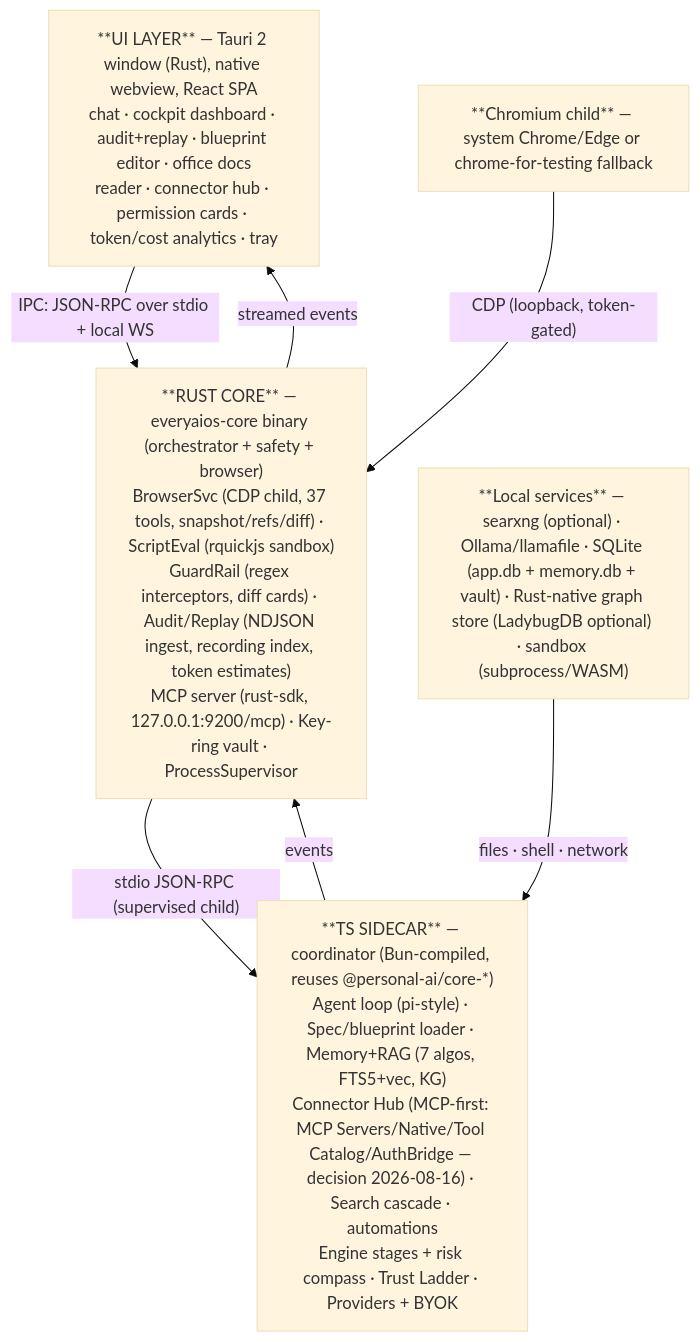
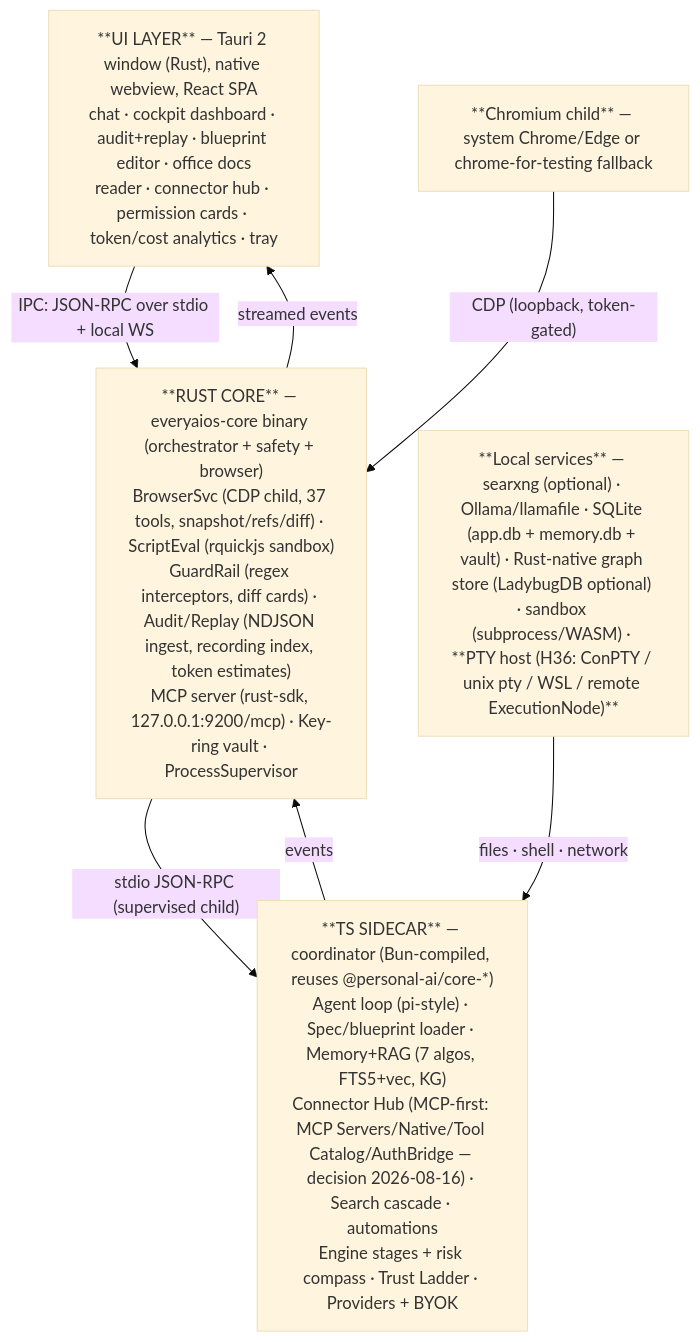
The first of 2 diagrams in ARCH/01-SYSTEM-ARCHITECTURE.md (sarv-projects/EveryAIOS), drawn with Mermaid (base theme) before and after one commit. The commit also changed other lines of this file and 23 other files, not shown here.

````diff
--- a/ARCH/01-SYSTEM-ARCHITECTURE.md
+++ b/ARCH/01-SYSTEM-ARCHITECTURE.md
@@ -5,14 +5,14 @@
 ```mermaid
 flowchart TD
     UI["**UI LAYER** — Tauri 2 window (Rust), native webview, React SPA<br/>chat · cockpit dashboard · audit+replay · blueprint editor · office docs<br/>reader · connector hub · permission cards · token/cost analytics · tray"]
     CORE["**RUST CORE** — everyaios-core binary (orchestrator + safety + browser)<br/>BrowserSvc (CDP child, 37 tools, snapshot/refs/diff) · ScriptEval (rquickjs sandbox)<br/>GuardRail (regex interceptors, diff cards) · Audit/Replay (NDJSON ingest, recording index, token estimates)<br/>MCP server (rust-sdk, 127.0.0.1:9200/mcp) · Key-ring vault · ProcessSupervisor"]
     SIDE["**TS SIDECAR** — coordinator (Bun-compiled, reuses @personal-ai/core-*)<br/>Agent loop (pi-style) · Spec/blueprint loader · Memory+RAG (7 algos, FTS5+vec, KG)<br/>Connector Hub (MCP-first: MCP Servers/Native/Tool Catalog/AuthBridge — decision 2026-08-16) · Search cascade · automations<br/>Engine stages + risk compass · Trust Ladder · Providers + BYOK"]
     CHROME["**Chromium child** — system Chrome/Edge or chrome-for-testing fallback"]
-    LOCAL["**Local services** — searxng (optional) · Ollama/llamafile · SQLite (app.db + memory.db + vault) · Rust-native graph store (LadybugDB optional) · sandbox (subprocess/WASM)"]
+    LOCAL["**Local services** — searxng (optional) · Ollama/llamafile · SQLite (app.db + memory.db + vault) · Rust-native graph store (LadybugDB optional) · sandbox (subprocess/WASM) · **PTY host (H36: ConPTY / unix pty / WSL / remote ExecutionNode)**"]
     UI -->|"IPC: JSON-RPC over stdio + local WS"| CORE
     CORE -->|"streamed events"| UI
     CORE -->|"stdio JSON-RPC (supervised child)"| SIDE
     SIDE -->|"events"| CORE
     CHROME -->|"CDP (loopback, token-gated)"| CORE
     LOCAL -->|"files · shell · network"| SIDE
 ```
````
